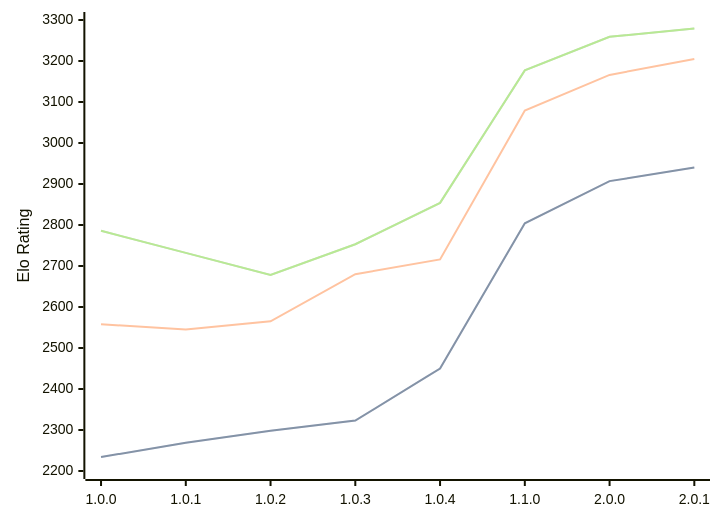
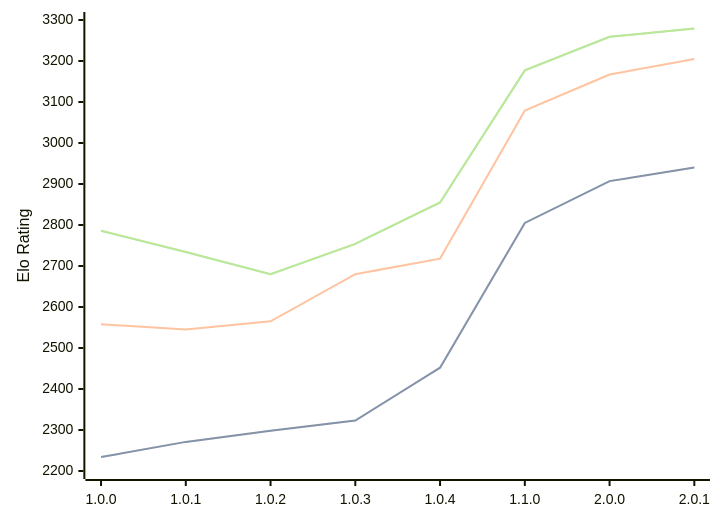
One commit to computer-chess-index/cci changed the diagram in engines/Grail.md. Above: the diagram before and after it, drawn with Mermaid. The commit also changed other lines of this file, not shown here.

Commit message:
Update CCI Ratings (ELO VLTC) - 2026-08-29

````diff
--- a/engines/Grail.md
+++ b/engines/Grail.md
@@ -38,11 +38,11 @@
 ```mermaid
 %%{init: {"theme":"base","themeVariables":{"seriesColors:['#a3a3a3','#222221','#faa371']}}}%%
 xychart-beta
   x-axis ["1.0.0", "1.0.1", "1.0.2", "1.0.3", "1.0.4", "1.1.0", "2.0.0", "2.0.1"]
   y-axis "Elo Rating" 2200 --> 3300
-  line "" [2234, 2269, 2298, 2323, 2450, 2804, 2907, 2940]
-  line "STC (8.0+0.08s)" [2234, 2269, 2298, 2323, 2450, 2804, 2907, 2940]
-  line "LTC (60.0+0.60s)" [2558, 2545, 2565, 2680, 2716, 3079, 3166, 3205]
-  line "" [2786, 2732, 2678, 2753, 2854, 3177, 3259, 3279]
-  line "VLTC (2m24s+1.12s)" [2786, 2732, 2678, 2753, 2854, 3177, 3259, 3279]
+  line "" [2234, 2271, 2298, 2323, 2452, 2805, 2907, 2940]
+  line "STC (8.0+0.08s)" [2234, 2271, 2298, 2323, 2452, 2805, 2907, 2940]
+  line "LTC (60.0+0.60s)" [2558, 2545, 2565, 2680, 2718, 3079, 3167, 3205]
+  line "" [2786, 2734, 2680, 2754, 2855, 3177, 3259, 3279]
+  line "VLTC (2m24s+1.12s)" [2786, 2734, 2680, 2754, 2855, 3177, 3259, 3279]
 ```
````
